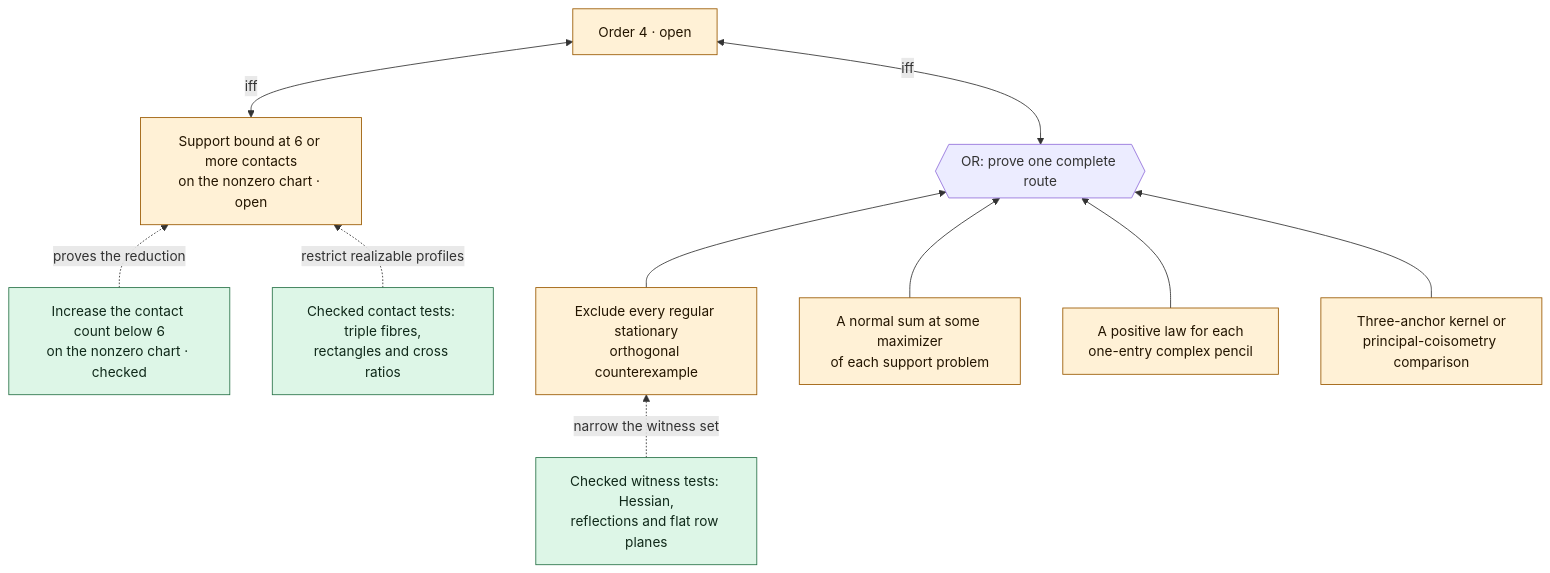
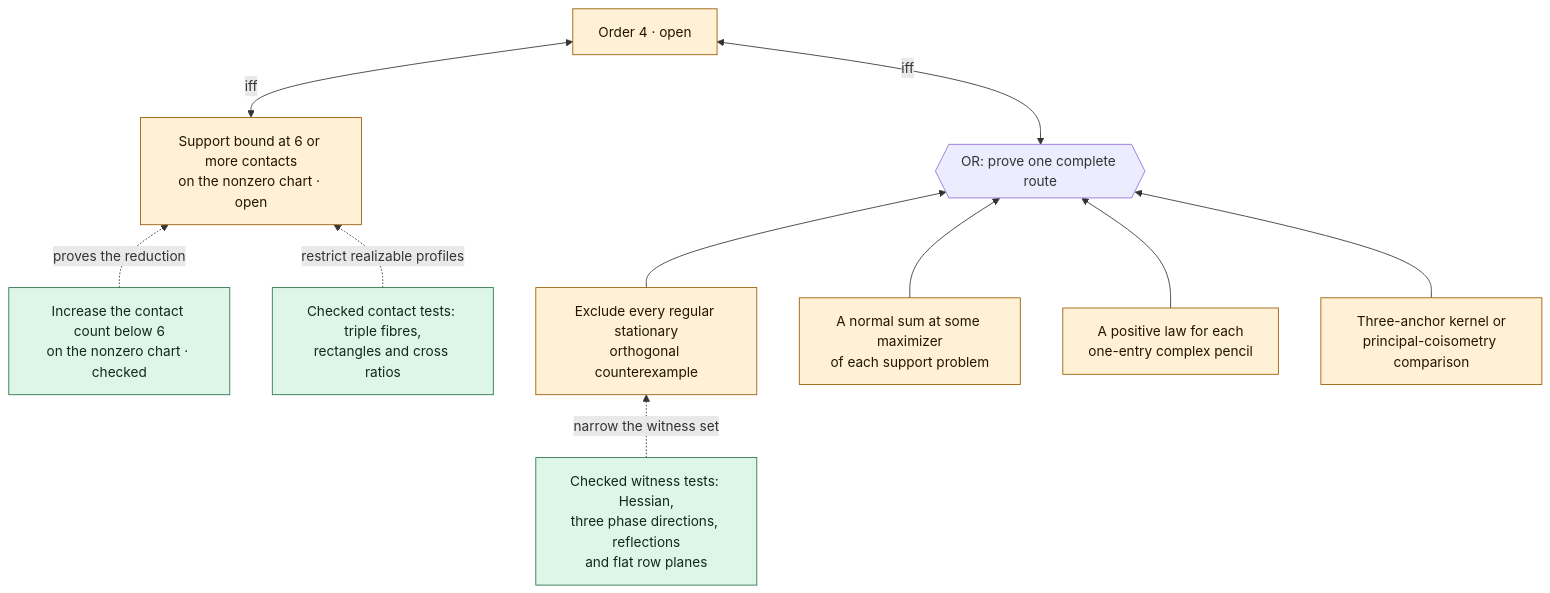
One commit to ascendnoosphere/MOC changed the second of 4 diagrams in Lean/ProofTree.md. Above: the diagram before and after it, drawn with Mermaid. The commit also changed other lines of this file and 3 other files, not shown here.

Commit message:
MOC: test contact certificates and reduce the phase Hessian

````diff
--- a/Lean/ProofTree.md
+++ b/Lean/ProofTree.md
@@ -41,24 +41,24 @@
 ```mermaid
 flowchart BT
     FOUR["Order 4 · open"]:::open
     OR4{{"OR: prove one complete route"}}
     WITNESS["Exclude every regular stationary<br/>orthogonal counterexample"]:::open
     NORMAL["A normal sum at some maximizer<br/>of each support problem"]:::open
     PENCIL["A positive law for each<br/>one-entry complex pencil"]:::open
     CHART["Three-anchor kernel or<br/>principal-coisometry comparison"]:::open
     TRANSFER["Increase the contact count below 6<br/>on the nonzero chart · checked"]:::checked
     SIX["Support bound at 6 or more contacts<br/>on the nonzero chart · open"]:::open
-    TESTS["Checked witness tests: Hessian,<br/>reflections and flat row planes"]:::checked
+    TESTS["Checked witness tests: Hessian,<br/>three phase directions, reflections<br/>and flat row planes"]:::checked
     PHASE["Checked contact tests: triple fibres,<br/>rectangles and cross ratios"]:::checked
     WITNESS --> OR4
     NORMAL --> OR4
     PENCIL --> OR4
     CHART --> OR4
     TRANSFER -. proves the reduction .-> SIX
     SIX <-->|iff| FOUR
     TESTS -. narrow the witness set .-> WITNESS
     PHASE -. restrict realizable profiles .-> SIX
     OR4 <-->|iff| FOUR
     classDef open fill:#fff1d6,stroke:#9a5900,color:#231500
     classDef checked fill:#ddf6e7,stroke:#287348,color:#10291a
 ```
````
